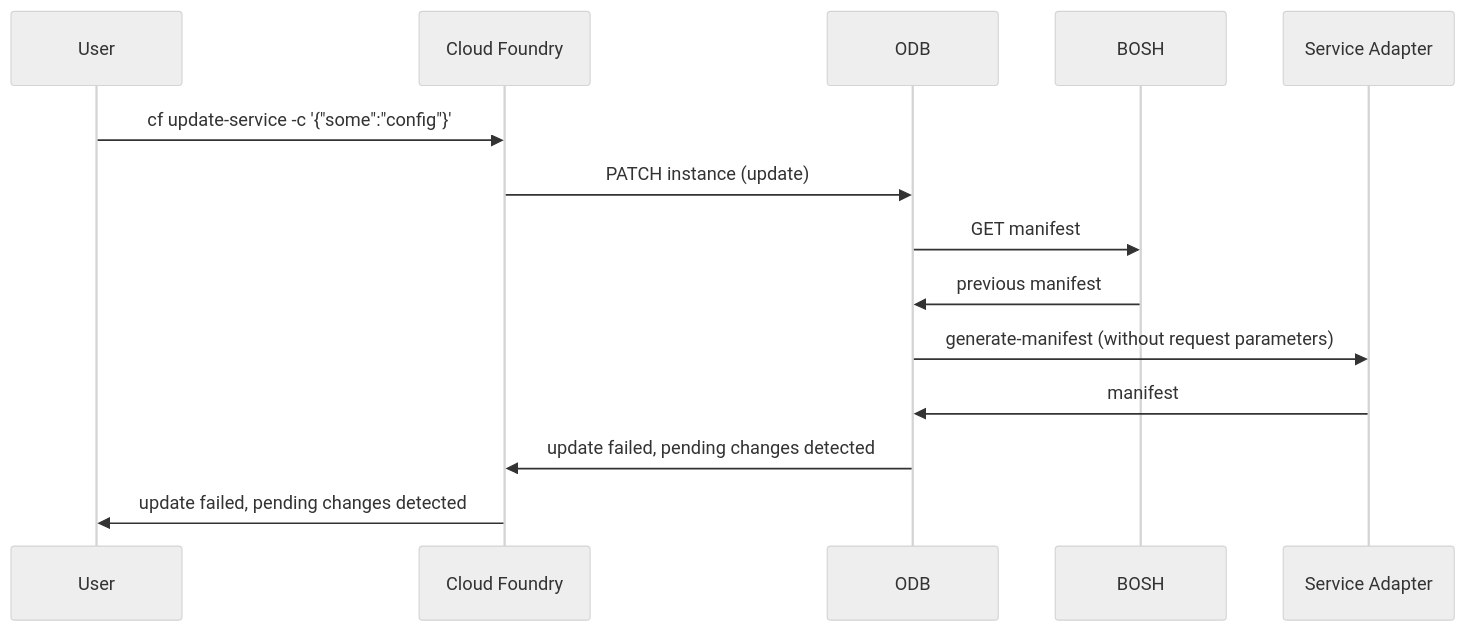
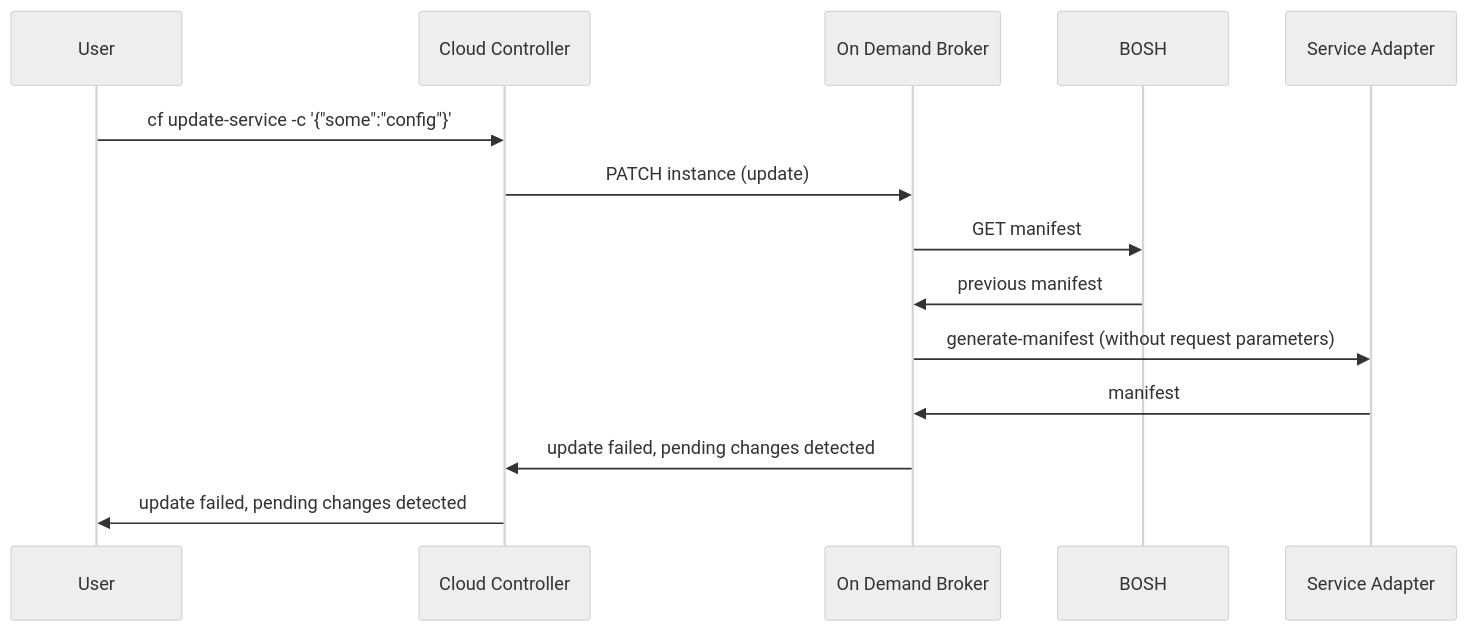
One commit to pivotal-cf/docs-on-demand-service-broker changed the diagram in mmd/update_service_with_pending_changes_workflow.mmd. Above: the diagram before and after it, drawn with Mermaid (neutral theme). The commit also changed 3 other files, not shown here.

```diff
--- a/mmd/update_service_with_pending_changes_workflow.mmd
+++ b/mmd/update_service_with_pending_changes_workflow.mmd
@@ -1,11 +1,11 @@
 <div class="mermaid">
   sequenceDiagram
-  User->> Cloud Foundry: cf update-service -c '{"some":"config"}'
-  Cloud Foundry->> ODB: PATCH instance (update)
-  ODB->>BOSH:GET manifest
-  BOSH->>ODB:previous manifest
-  ODB->>Service Adapter: generate-manifest (without request parameters)
-  Service Adapter->>ODB: manifest
-  ODB->>Cloud Foundry: update failed, pending changes detected
-  Cloud Foundry->>User: update failed, pending changes detected
+  User->> Cloud Controller: cf update-service -c '{"some":"config"}'
+  Cloud Controller->> On Demand Broker: PATCH instance (update)
+  On Demand Broker->>BOSH:GET manifest
+  BOSH->>On Demand Broker:previous manifest
+  On Demand Broker->>Service Adapter: generate-manifest (without request parameters)
+  Service Adapter->>On Demand Broker: manifest
+  On Demand Broker->>Cloud Controller: update failed, pending changes detected
+  Cloud Controller->>User: update failed, pending changes detected
 </div>
```
